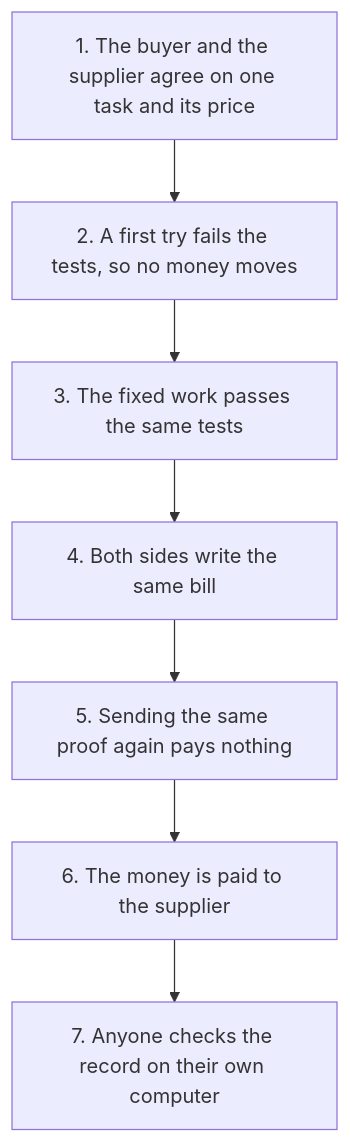
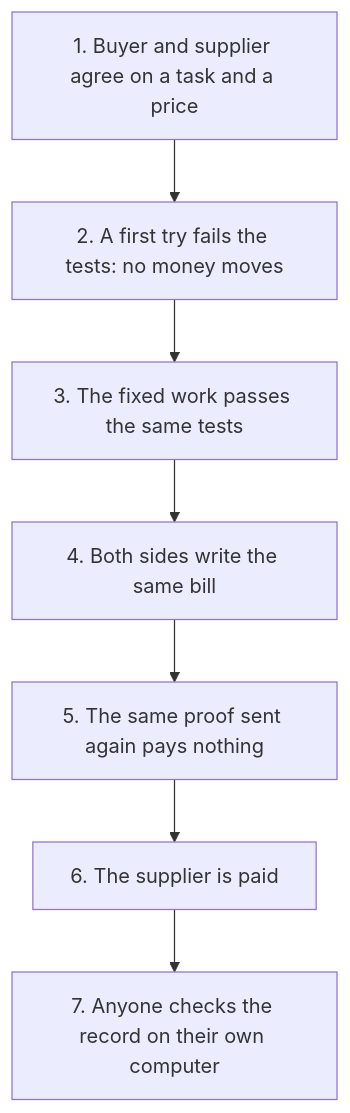
One commit to drexthealpha/knos-rc changed the diagram in docs/STORY.md. Above: the diagram before and after it, drawn with Mermaid. The commit also changed other lines of this file and 756 other files, not shown here.

````diff
--- a/docs/STORY.md
+++ b/docs/STORY.md
@@ -34,11 +46,11 @@
 ```mermaid
 flowchart TB
-    s1["1. The buyer and the supplier agree on one task and its price"]
-    s2["2. A first try fails the tests, so no money moves"]
+    s1["1. Buyer and supplier agree on a task and a price"]
+    s2["2. A first try fails the tests: no money moves"]
     s3["3. The fixed work passes the same tests"]
     s4["4. Both sides write the same bill"]
-    s5["5. Sending the same proof again pays nothing"]
-    s6["6. The money is paid to the supplier"]
+    s5["5. The same proof sent again pays nothing"]
+    s6["6. The supplier is paid"]
     s7["7. Anyone checks the record on their own computer"]
     s1 --> s2 --> s3 --> s4 --> s5 --> s6 --> s7
 ```
````
